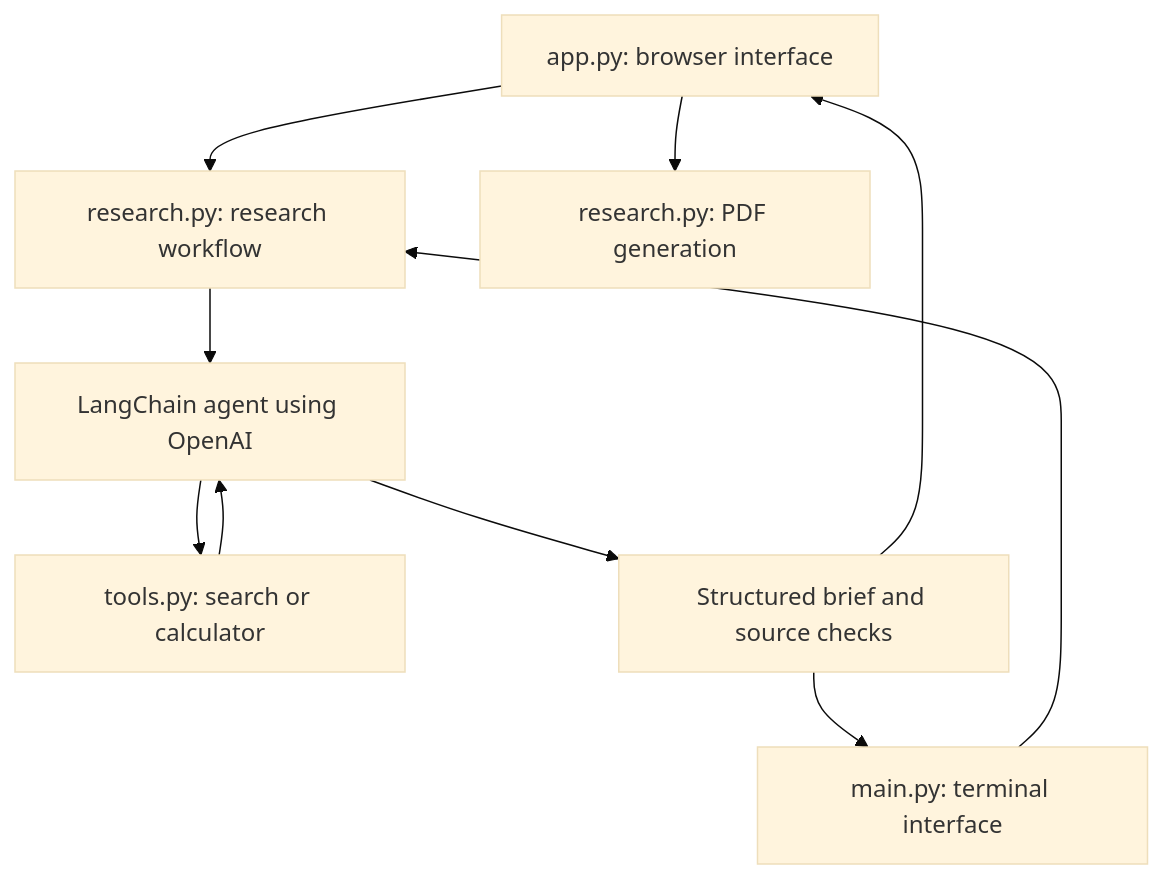
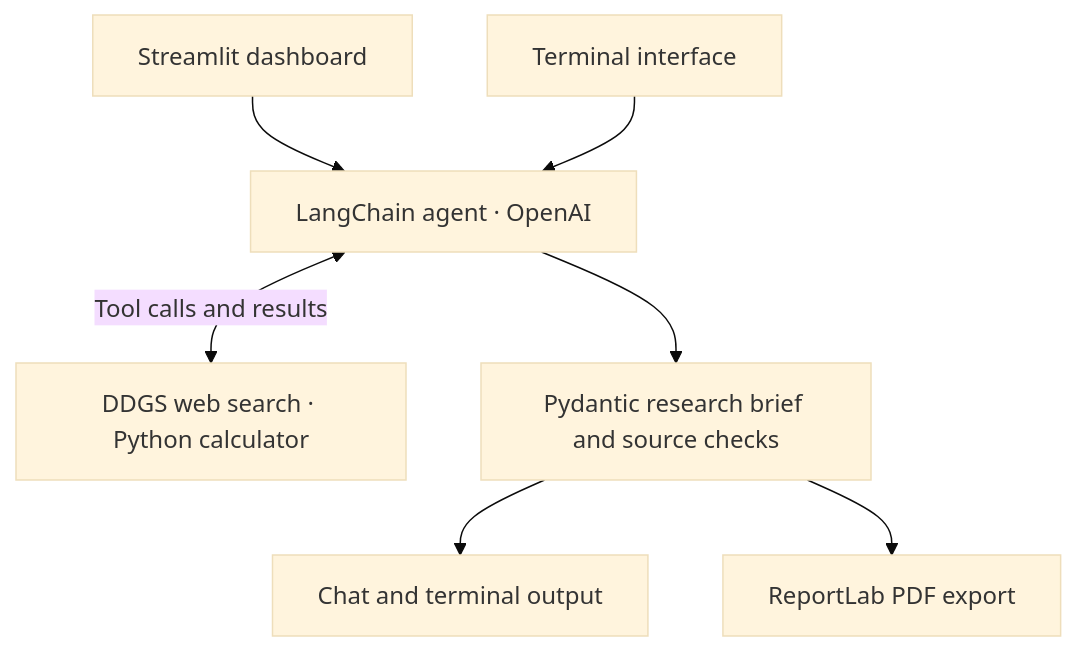
Before and after one commit to abrartarafder/utils-research: the diagram in README.md, drawn with Mermaid (base theme). The commit also changed other lines of this file and 3 other files, not shown here.

````diff
--- a/README.md
+++ b/README.md
@@ -157,12 +64,9 @@
 ```mermaid
 flowchart TD
-    Browser[app.py: browser interface] --> Workflow[research.py: research workflow]
-    Terminal[main.py: terminal interface] --> Workflow
-    Workflow --> Agent[LangChain agent using OpenAI]
-    Agent --> Tools[tools.py: search or calculator]
-    Tools --> Agent
-    Agent --> Result[Structured brief and source checks]
-    Result --> Browser
-    Result --> Terminal
-    Browser --> PDF[research.py: PDF generation]
+    UI["Streamlit dashboard"] --> Agent["LangChain agent · OpenAI"]
+    CLI["Terminal interface"] --> Agent
+    Agent <-->|Tool calls and results| Tools["DDGS web search · Python calculator"]
+    Agent --> Brief["Pydantic research brief and source checks"]
+    Brief --> Results["Chat and terminal output"]
+    Brief --> PDF["ReportLab PDF export"]
 ```
````
